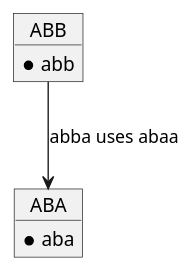
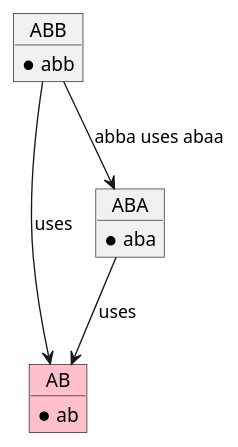
Before and after one commit to konbraphat51/module_rule: the diagram in Example/Docs/Dependencies/AB.puml, drawn with PlantUML.

Commit message:
Add: main module on puml

```diff
--- a/Example/Docs/Dependencies/AB.puml
+++ b/Example/Docs/Dependencies/AB.puml
@@ -1,18 +1,25 @@
 @startuml Dependency_AB
 ' Image can be obtained from
 ' https://www.plantuml.com/plantuml/uml/SyfFKj2rKt3CoKnELR1Io4ZDoSa70000
 
 ' Write all modules here
+object AB #Pink {
+    * ab
+}
+
 object ABA {
     * aba
 }
 
 object ABB {
     * abb
 }
 
 ' Write all dependencies here
 ' X --> Y means X depends on Y
 ABB --> ABA : abba uses abaa
 
+ABA --> AB : uses
+ABB --> AB : uses
+
 @enduml
```
